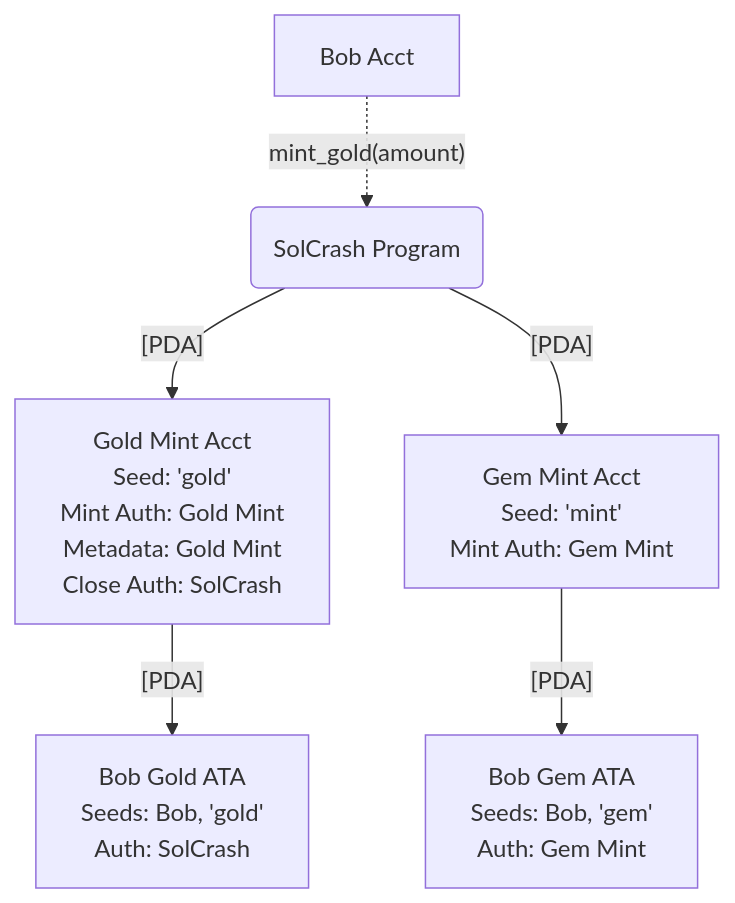
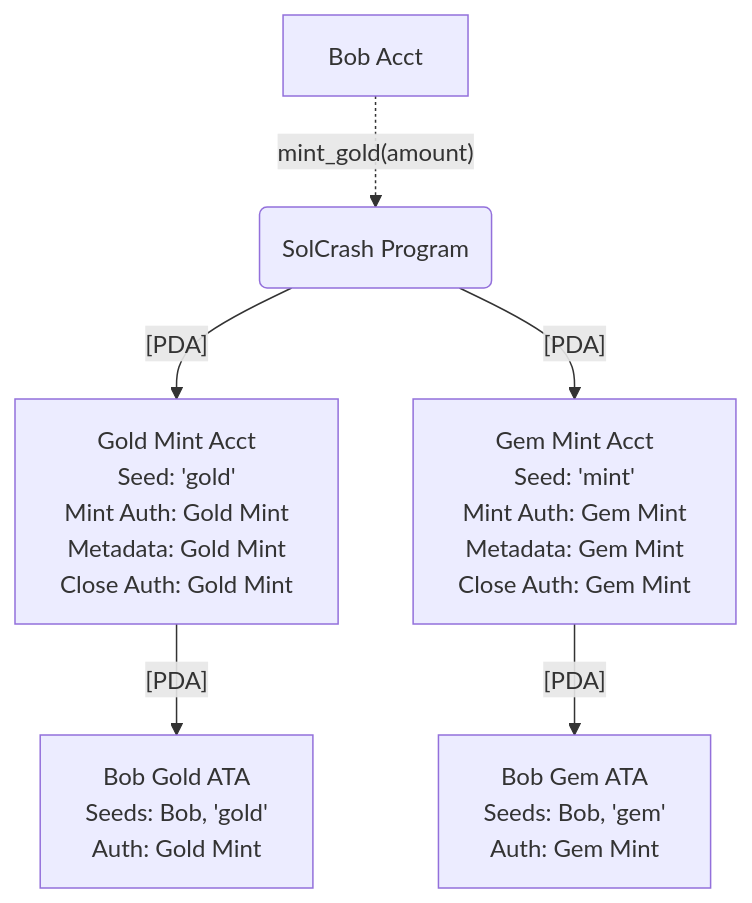
The first of 2 diagrams in capstone/sol-crashers-on-chain/readme.md (Web3-Builders-Alliance/kilogold_Sol_2Q24), drawn with Mermaid before and after one commit. The commit also changed other lines of this file and 2 other files, not shown here.

````diff
--- a/capstone/sol-crashers-on-chain/readme.md
+++ b/capstone/sol-crashers-on-chain/readme.md
@@ -12,38 +12,39 @@
 ```mermaid
 flowchart TD
 
             direction LR
             program("SolCrash Program")
             
             goldMint["Gold Mint Acct
                 Seed: 'gold'
-                Mint Auth: Gold Mint"
+                Mint Auth: Gold Mint
                 Metadata: Gold Mint
-                Close Auth: SolCrash
-
+                Close Auth: Gold Mint"
             ]
             
             goldATA_Bob["Bob Gold ATA
                 Seeds: Bob, 'gold'
-                Auth: SolCrash"
+                Auth: Gold Mint"
             ]
             
             gemMint["Gem Mint Acct
                 Seed: 'mint'
-                Mint Auth: Gem Mint"
+                Mint Auth: Gem Mint
+                Metadata: Gem Mint
+                Close Auth: Gem Mint"
             ]
             
             gemATA_Bob["Bob Gem ATA
                 Seeds: Bob, 'gem'
                 Auth: Gem Mint"
             ]
 
             program --[PDA]--> goldMint
             program --[PDA]--> gemMint
             goldMint --[PDA]--> goldATA_Bob
             gemMint --[PDA]--> gemATA_Bob
 
             direction LR
             accountB["Bob Acct"]
             accountB -.->|mint_gold#40;amount#41;| program  
 ```
````
